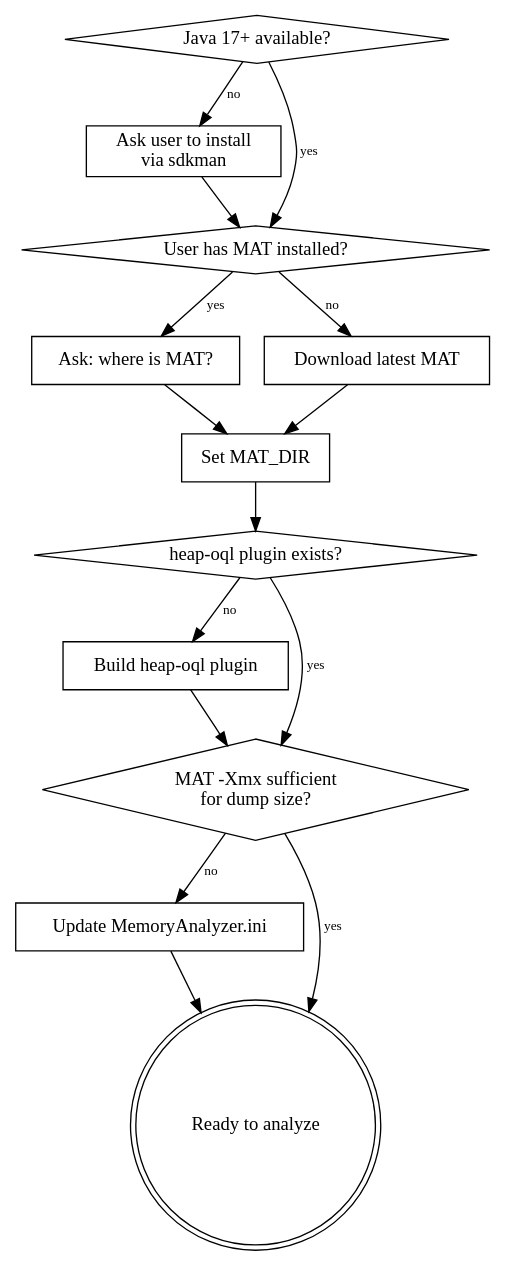
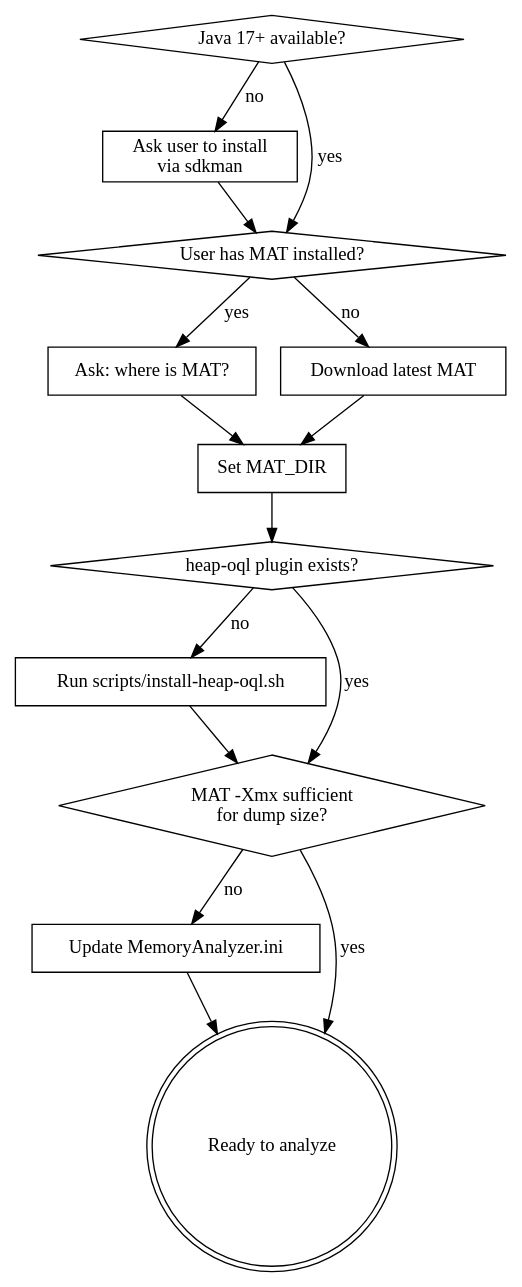
Before and after one commit to uditsharma/heap-dump-analyzer: the diagram in SKILL.md, drawn with Graphviz. The commit also changed other lines of this file and 4 other files, not shown here.

````diff
--- a/SKILL.md
+++ b/SKILL.md
@@ -42,34 +54,32 @@
 ```dot
 digraph bootstrap {
     rankdir=TB;
     node [shape=diamond];
-    edge [fontsize=10];
-
     check_java [label="Java 17+ available?"];
     install_java [label="Ask user to install\nvia sdkman" shape=box];
     ask_mat [label="User has MAT installed?"];
     ask_path [label="Ask: where is MAT?" shape=box];
     install_mat [label="Download latest MAT" shape=box];
     set_mat [label="Set MAT_DIR" shape=box];
     check_oql [label="heap-oql plugin exists?"];
-    build_oql [label="Build heap-oql plugin" shape=box];
+    build_oql [label="Run scripts/install-heap-oql.sh" shape=box];
     check_heap [label="MAT -Xmx sufficient\nfor dump size?"];
     resize_heap [label="Update MemoryAnalyzer.ini" shape=box];
     ready [label="Ready to analyze" shape=doublecircle];
 
     check_java -> ask_mat [label="yes"];
     check_java -> install_java [label="no"];
     install_java -> ask_mat;
     ask_mat -> ask_path [label="yes"];
     ask_mat -> install_mat [label="no"];
     install_mat -> set_mat;
     ask_path -> set_mat;
     set_mat -> check_oql;
     check_oql -> check_heap [label="yes"];
     check_oql -> build_oql [label="no"];
     build_oql -> check_heap;
     check_heap -> ready [label="yes"];
     check_heap -> resize_heap [label="no"];
     resize_heap -> ready;
 }
 ```
````
